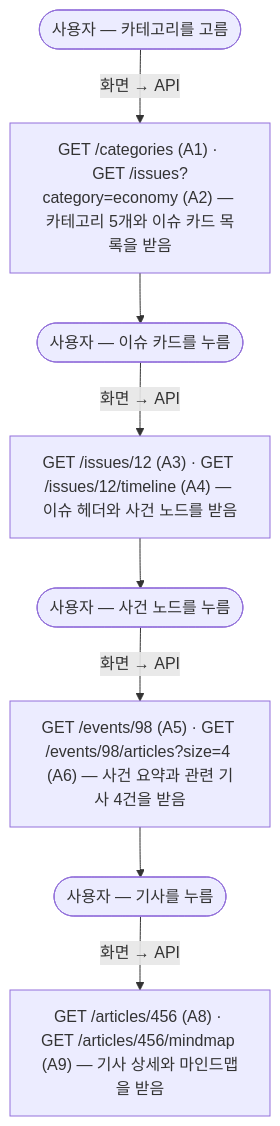
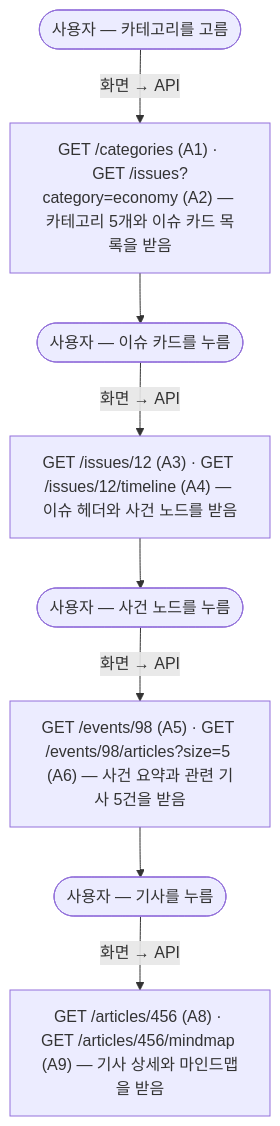
Before and after one commit to a102-NEWLEARN/NEW-LEARN: the fourth of 5 diagrams in docs/api.md, drawn with Mermaid. The commit also changed other lines of this file and 7 other files, not shown here.

````diff
--- a/docs/api.md
+++ b/docs/api.md
@@ -211,10 +211,10 @@
 ```mermaid
 flowchart TD
   U1(["사용자 — 카테고리를 고름"]) -->|"화면 → API"| C1["GET /categories (A1) · GET /issues?category=economy (A2) — 카테고리 5개와 이슈 카드 목록을 받음"]
   C1 --> U2(["사용자 — 이슈 카드를 누름"])
   U2 -->|"화면 → API"| C2["GET /issues/12 (A3) · GET /issues/12/timeline (A4) — 이슈 헤더와 사건 노드를 받음"]
   C2 --> U3(["사용자 — 사건 노드를 누름"])
-  U3 -->|"화면 → API"| C3["GET /events/98 (A5) · GET /events/98/articles?size=4 (A6) — 사건 요약과 관련 기사 4건을 받음"]
+  U3 -->|"화면 → API"| C3["GET /events/98 (A5) · GET /events/98/articles?size=5 (A6) — 사건 요약과 관련 기사 5건을 받음"]
   C3 --> U4(["사용자 — 기사를 누름"])
   U4 -->|"화면 → API"| C4["GET /articles/456 (A8) · GET /articles/456/mindmap (A9) — 기사 상세와 마인드맵을 받음"]
 ```
````
